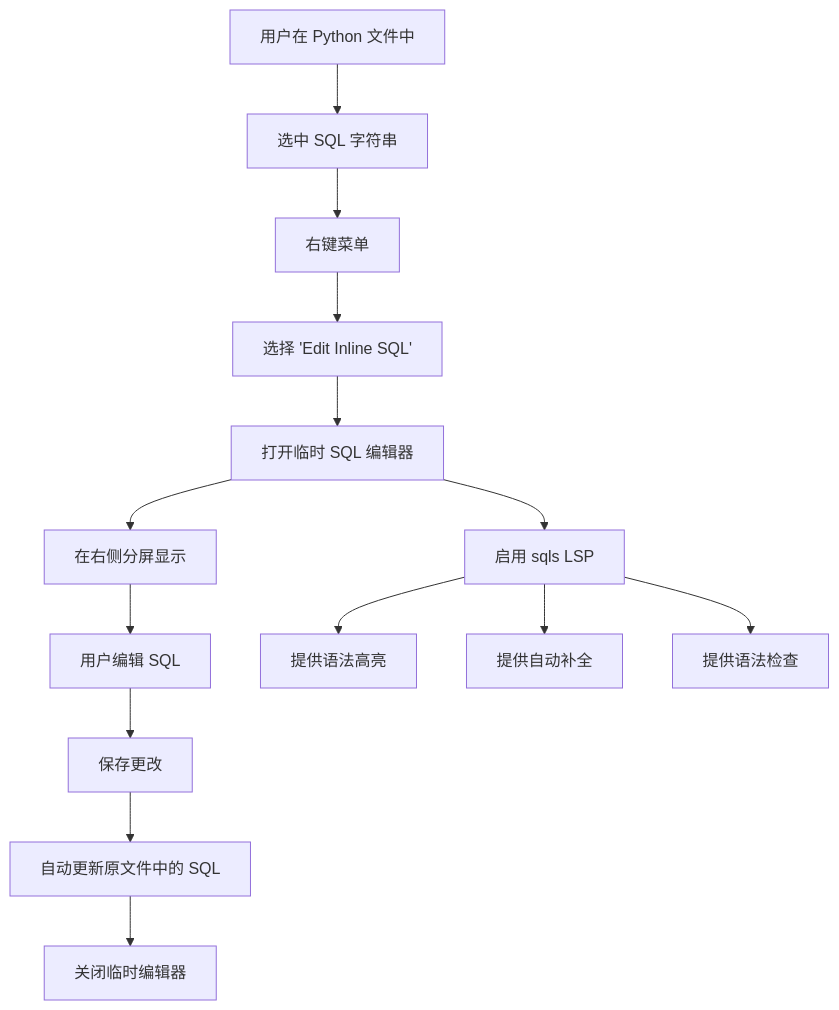
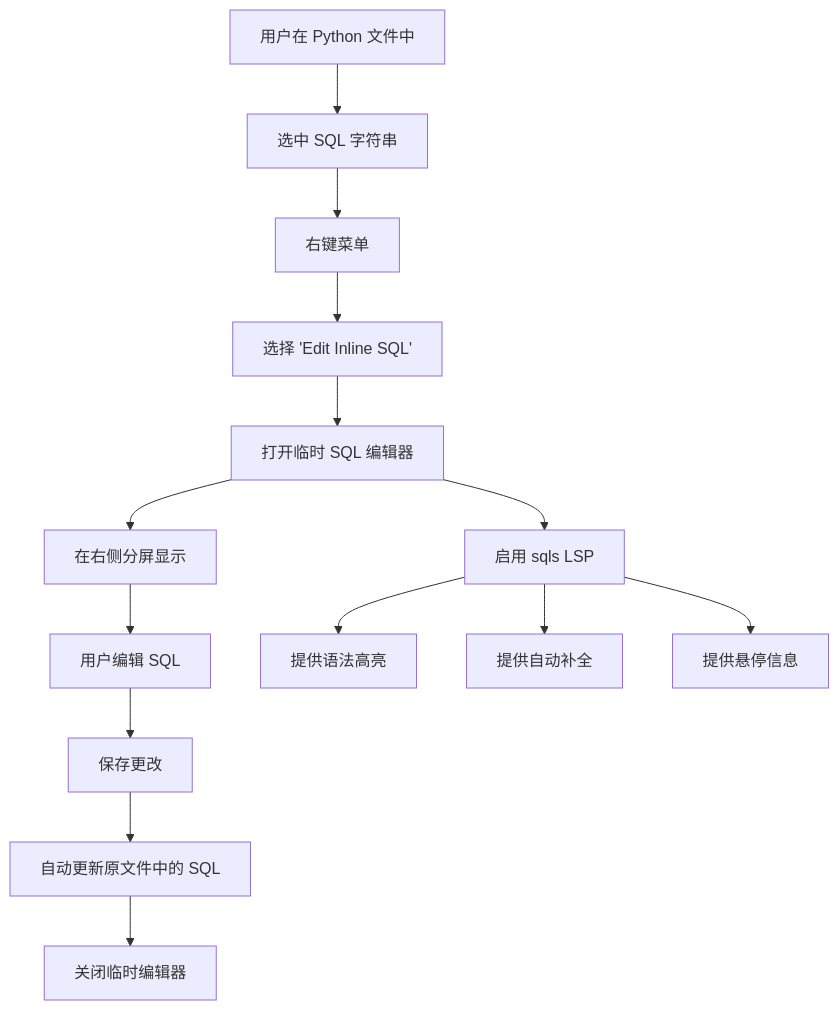
The first of 8 diagrams in docs/plan/2025-08-09-MVP.md (StrayDragon/sqlsugar), drawn with Mermaid before and after one commit. The commit also changed other lines of this file and 6 other files, not shown here.

````diff
--- a/docs/plan/2025-08-09-MVP.md
+++ b/docs/plan/2025-08-09-MVP.md
@@ -36,17 +37,17 @@
 ```mermaid
 graph TD
     A[用户在 Python 文件中] --> B[选中 SQL 字符串]
     B --> C[右键菜单]
     C --> D["选择 'Edit Inline SQL'"]
     D --> E[打开临时 SQL 编辑器]
     E --> F[在右侧分屏显示]
     F --> G[用户编辑 SQL]
     G --> H[保存更改]
     H --> I[自动更新原文件中的 SQL]
     I --> J[关闭临时编辑器]
 
     E --> K[启用 sqls LSP]
     K --> L[提供语法高亮]
     K --> M[提供自动补全]
-    K --> N[提供语法检查]
+    K --> N[提供悬停信息]
 ```
````
